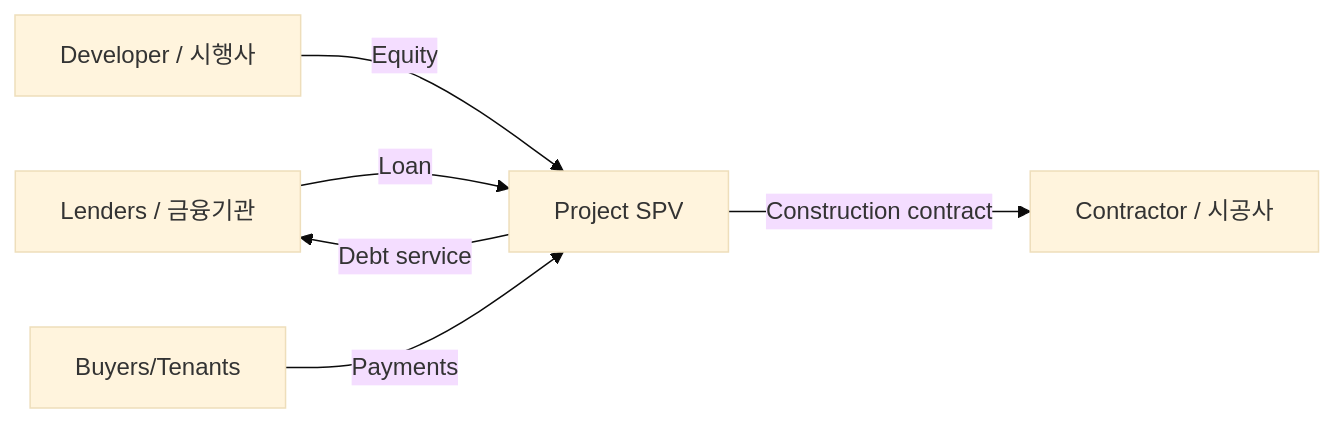
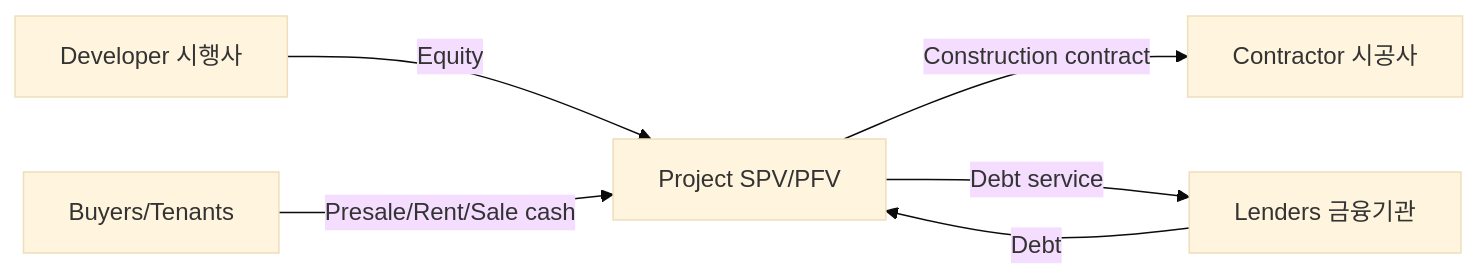
The diagram in korea_business_economy_knowledge_library/18_construction_real_estate_and_project_finance.md (hunggtham/learning-docs), drawn with Mermaid (base theme) before and after one commit. The commit also changed other lines of this file, not shown here.

Commit message:
Rewrite construction real estate and PF chapter

````diff
--- a/korea_business_economy_knowledge_library/18_construction_real_estate_and_project_finance.md
+++ b/korea_business_economy_knowledge_library/18_construction_real_estate_and_project_finance.md
@@ -17,8 +43,8 @@
 ```mermaid
 graph LR
-    L[Lenders / 금융기관] -->|Loan| P[Project SPV]
-    D[Developer / 시행사] -->|Equity| P
-    P -->|Construction contract| C[Contractor / 시공사]
-    B[Buyers/Tenants] -->|Payments| P
+    D[Developer 시행사] -->|Equity| P[Project SPV/PFV]
+    L[Lenders 금융기관] -->|Debt| P
+    P -->|Construction contract| C[Contractor 시공사]
+    B[Buyers/Tenants] -->|Presale/Rent/Sale cash| P
     P -->|Debt service| L
 ```
````
